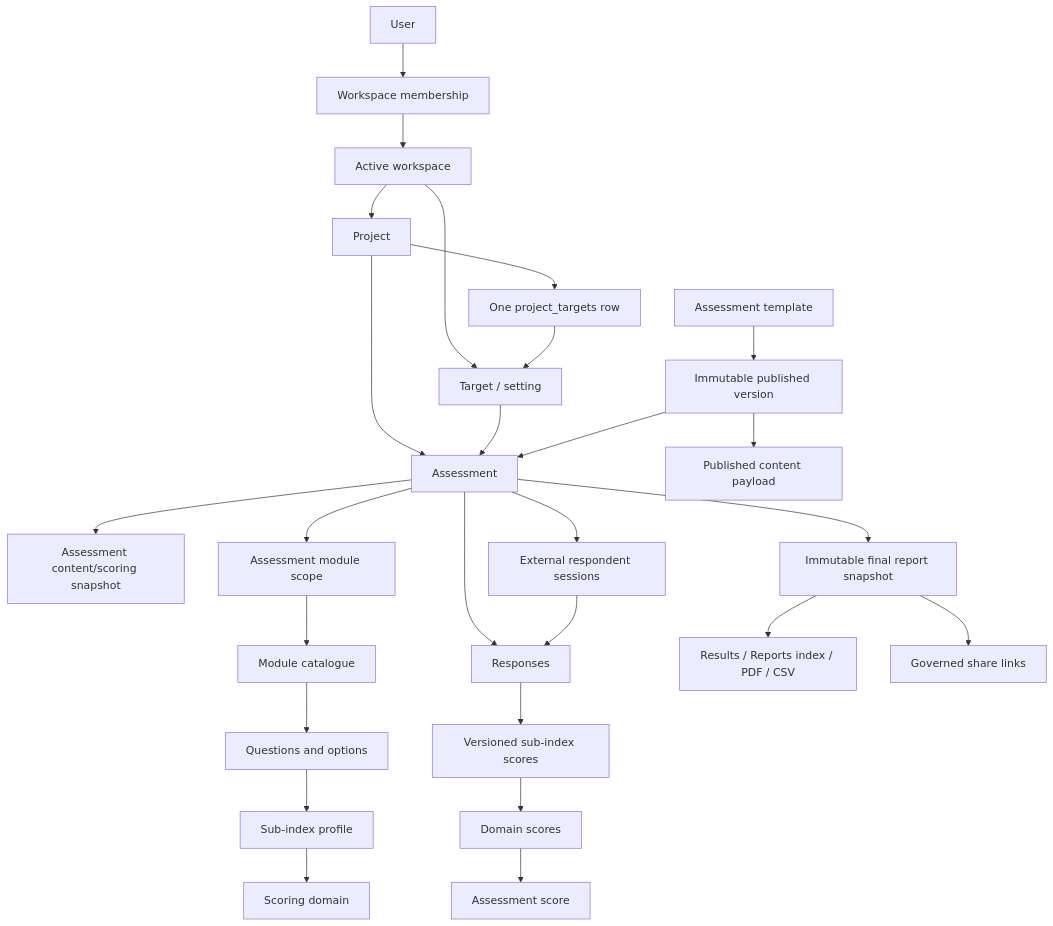
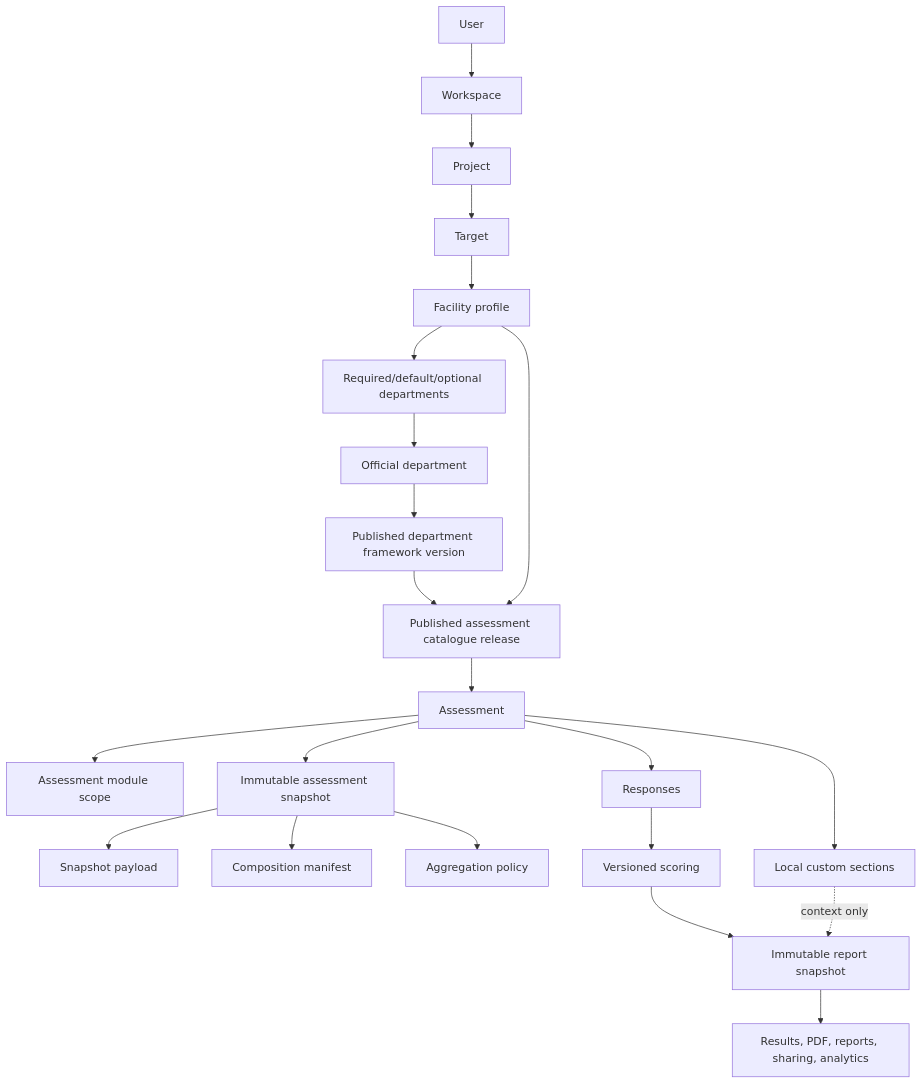
One commit to IsaacJootar/vytte changed the diagram in docs/architecture/CURRENT_ARCHITECTURE.md. Above: the diagram before and after it, drawn with Mermaid. The commit also changed other lines of this file and 17 other files, not shown here.

Commit message:
Update docs for governed assessment composition

````diff
--- a/docs/architecture/CURRENT_ARCHITECTURE.md
+++ b/docs/architecture/CURRENT_ARCHITECTURE.md
@@ -29,33 +40,28 @@
 ```mermaid
 flowchart TD
-    U[User] --> WM[Workspace membership]
-    WM --> W[Active workspace]
+    U[User] --> W[Workspace]
     W --> P[Project]
-    W --> T[Target / setting]
-    P --> PT[One project_targets row]
-    PT --> T
-    P --> A[Assessment]
-    T --> A
+    P --> T[Target]
+    T --> FP[Facility profile]
 
-    AT[Assessment template] --> ATV[Immutable published version]
-    ATV --> AC[Published content payload]
-    ATV --> A
-    A --> ASNP[Assessment content/scoring snapshot]
+    AM[Official department] --> DFV[Published department framework version]
+    FP --> FPD[Required/default/optional departments]
+    FPD --> AM
 
+    DFV --> CR[Published assessment catalogue release]
+    FP --> CR
+    CR --> A[Assessment]
     A --> AMS[Assessment module scope]
-    AMS --> M[Module catalogue]
-    M --> Q[Questions and options]
-    Q --> SI[Sub-index profile]
-    SI --> D[Scoring domain]
+    A --> ASN[Immutable assessment snapshot]
+    ASN --> PAY[Snapshot payload]
+    ASN --> MAN[Composition manifest]
+    ASN --> AGG[Aggregation policy]
 
     A --> R[Responses]
-    A --> PRS[External respondent sessions]
-    PRS --> R
-    R --> SIS[Versioned sub-index scores]
-    SIS --> DS[Domain scores]
-    DS --> OS[Assessment score]
+    R --> SCORE[Versioned scoring]
+    SCORE --> REP[Immutable report snapshot]
+    REP --> OUT[Results, PDF, reports, sharing, analytics]
 
-    A --> RS[Immutable final report snapshot]
-    RS --> UI[Results / Reports index / PDF / CSV]
-    RS --> SL[Governed share links]
+    A --> LCS[Local custom sections]
+    LCS -.context only.-> REP
 ```
````
